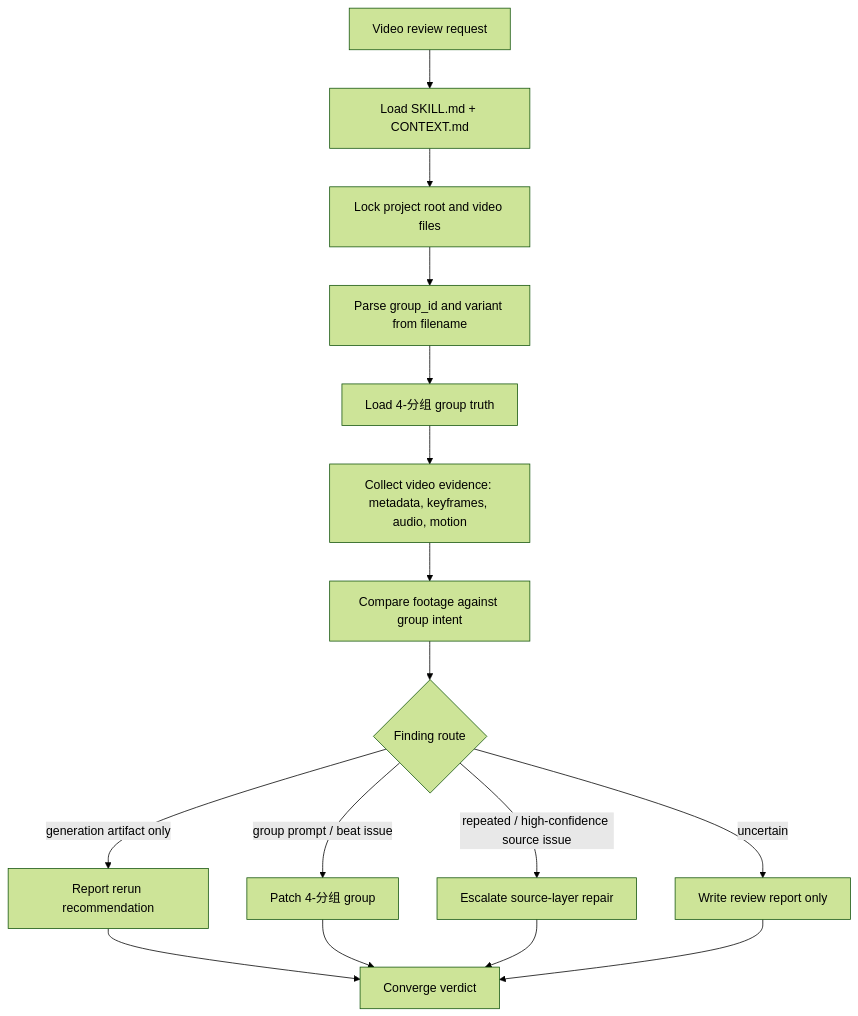
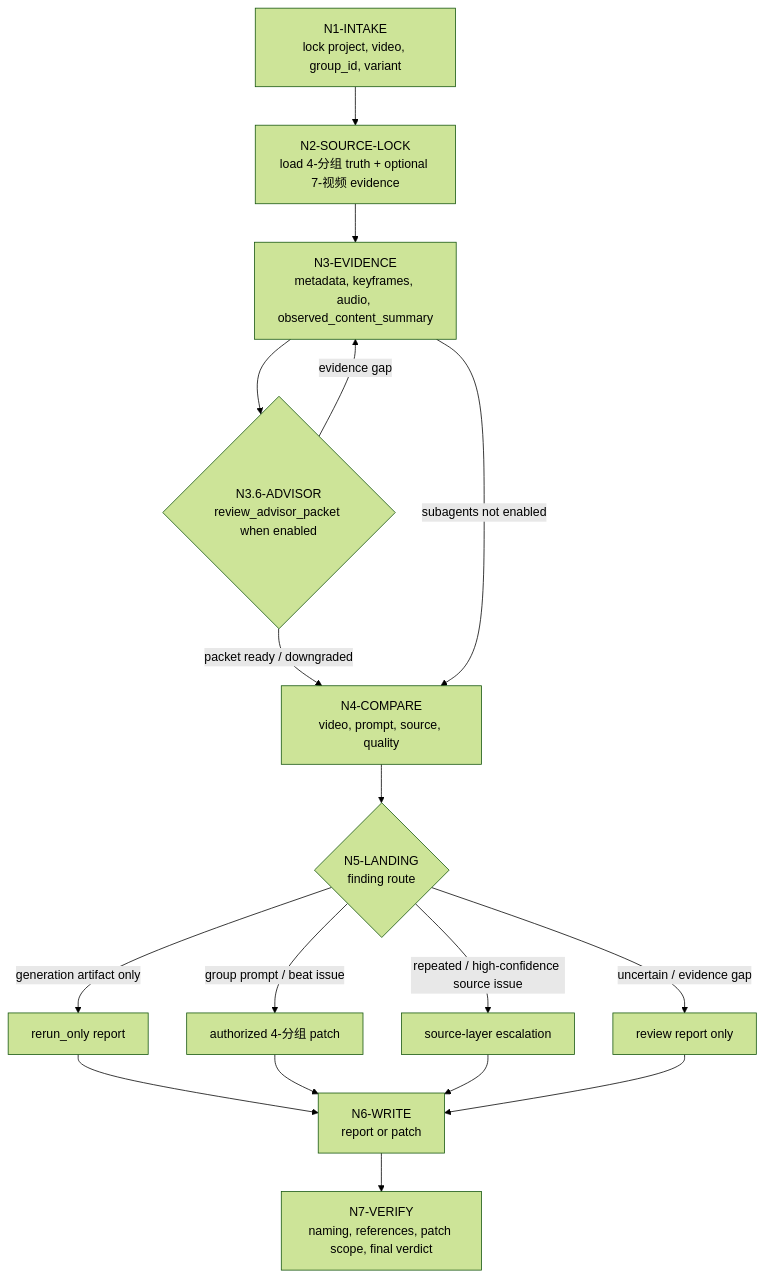
Before and after one commit to ZEN-VOID/AI-CUT: the first of 4 diagrams in .agents/skills/aigc/8-审片/SKILL.md, drawn with Mermaid (forest theme). The commit also changed other lines of this file and 41 other files, not shown here.

````diff
--- a/.agents/skills/aigc/8-审片/SKILL.md
+++ b/.agents/skills/aigc/8-审片/SKILL.md
@@ -142,18 +142,19 @@
 ```mermaid
 flowchart TD
-    A["Video review request"] --> B["Load SKILL.md + CONTEXT.md"]
-    B --> C["Lock project root and video files"]
-    C --> D["Parse group_id and variant from filename"]
-    D --> E["Load 4-分组 group truth"]
-    E --> F["Collect video evidence: metadata, keyframes, audio, motion"]
-    F --> G["Compare footage against group intent"]
-    G --> H{"Finding route"}
-    H -->|"generation artifact only"| I["Report rerun recommendation"]
-    H -->|"group prompt / beat issue"| J["Patch 4-分组 group"]
-    H -->|"repeated / high-confidence source issue"| K["Escalate source-layer repair"]
-    H -->|"uncertain"| L["Write review report only"]
-    I --> M["Converge verdict"]
-    J --> M
-    K --> M
-    L --> M
+    N1["N1-INTAKE<br/>lock project, video, group_id, variant"] --> N2["N2-SOURCE-LOCK<br/>load 4-分组 truth + optional 7-视频 evidence"]
+    N2 --> N3["N3-EVIDENCE<br/>metadata, keyframes, audio, observed_content_summary"]
+    N3 --> N36{"N3.6-ADVISOR<br/>review_advisor_packet when enabled"}
+    N36 -->|"evidence gap"| N3
+    N36 -->|"packet ready / downgraded"| N4["N4-COMPARE<br/>video, prompt, source, quality"]
+    N3 -->|"subagents not enabled"| N4
+    N4 --> N5{"N5-LANDING<br/>finding route"}
+    N5 -->|"generation artifact only"| R["rerun_only report"]
+    N5 -->|"group prompt / beat issue"| G["authorized 4-分组 patch"]
+    N5 -->|"repeated / high-confidence source issue"| S["source-layer escalation"]
+    N5 -->|"uncertain / evidence gap"| O["review report only"]
+    R --> N6["N6-WRITE<br/>report or patch"]
+    G --> N6
+    S --> N6
+    O --> N6
+    N6 --> N7["N7-VERIFY<br/>naming, references, patch scope, final verdict"]
 ```
````
